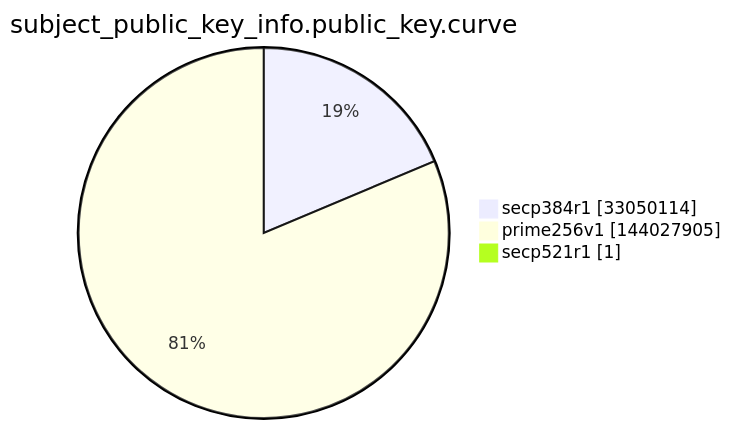
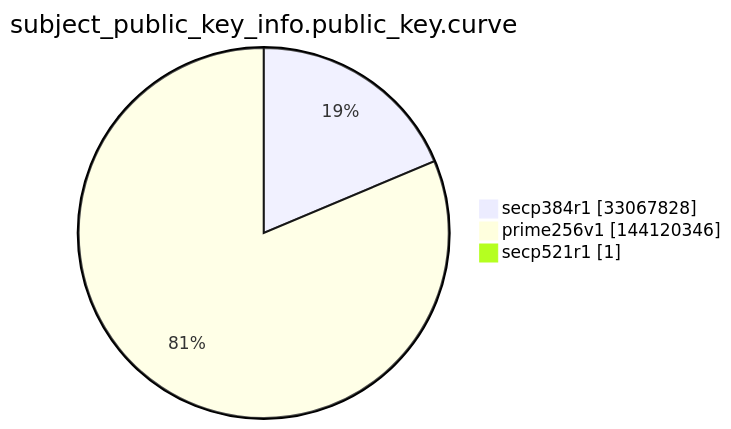
The ninth of 15 diagrams in argon2022/README.md (christiankrug/ctmonitor_visualization), drawn with Mermaid before and after one commit. The commit also changed other lines of this file, not shown here.

````diff
--- a/argon2022/README.md
+++ b/argon2022/README.md
@@ -2764,7 +2764,7 @@
 ```mermaid
 pie showData
 title subject_public_key_info.public_key.curve
-"secp384r1" :33050114
-"prime256v1" :144027905
+"secp384r1" :33067828
+"prime256v1" :144120346
 "secp521r1" :1
 ```
````
